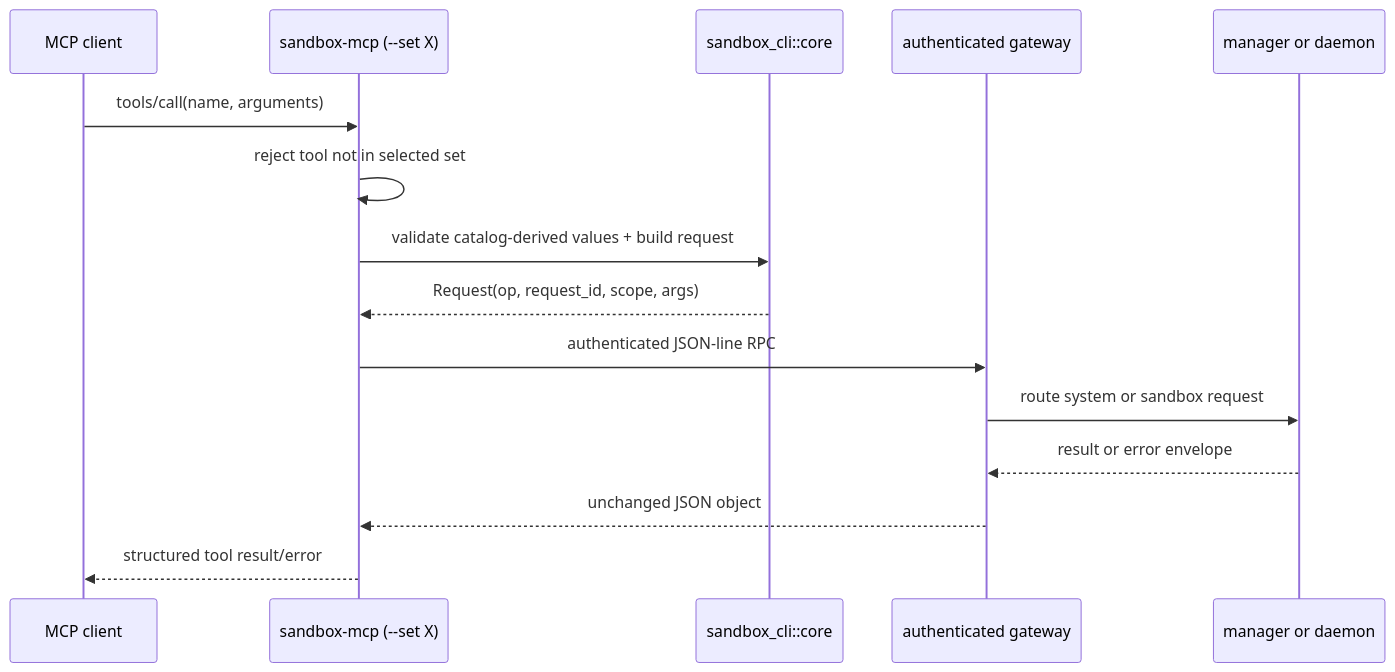
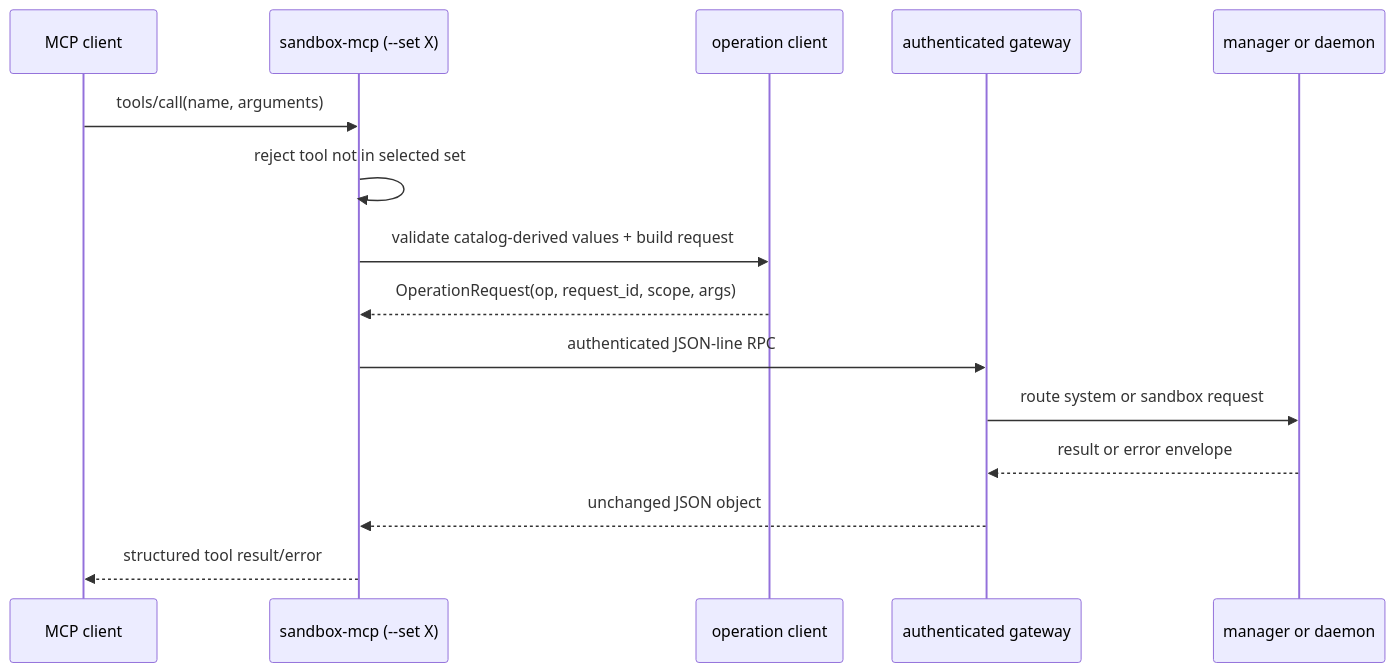
Before and after one commit to Ephemeral-AI-Lab/ephemeral-os: the diagram in docs/obsidian/ephemeral-os/implementation_plan/mcp_cli_surface/mcp.md, drawn with Mermaid. The commit also changed other lines of this file and 11 other files, not shown here.

````diff
--- a/docs/obsidian/ephemeral-os/implementation_plan/mcp_cli_surface/mcp.md
+++ b/docs/obsidian/ephemeral-os/implementation_plan/mcp_cli_surface/mcp.md
@@ -391,18 +389,18 @@
 ```mermaid
 sequenceDiagram
     participant Client as MCP client
     participant MCP as sandbox-mcp (--set X)
-    participant Core as sandbox_cli::core
+    participant Shared as operation client
     participant Gateway as authenticated gateway
     participant Target as manager or daemon
 
     Client->>MCP: tools/call(name, arguments)
     MCP->>MCP: reject tool not in selected set
-    MCP->>Core: validate catalog-derived values + build request
-    Core-->>MCP: Request(op, request_id, scope, args)
+    MCP->>Shared: validate catalog-derived values + build request
+    Shared-->>MCP: OperationRequest(op, request_id, scope, args)
     MCP->>Gateway: authenticated JSON-line RPC
     Gateway->>Target: route system or sandbox request
     Target-->>Gateway: result or error envelope
     Gateway-->>MCP: unchanged JSON object
     MCP-->>Client: structured tool result/error
 ```
````
